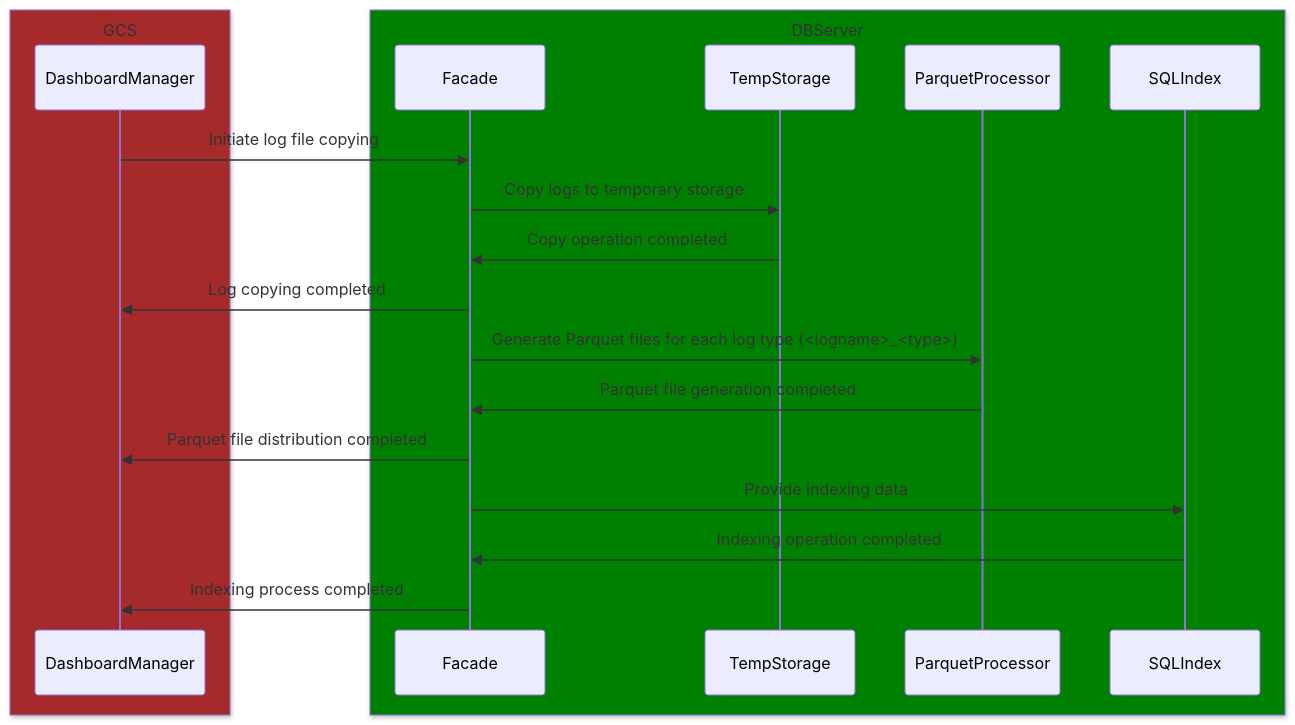
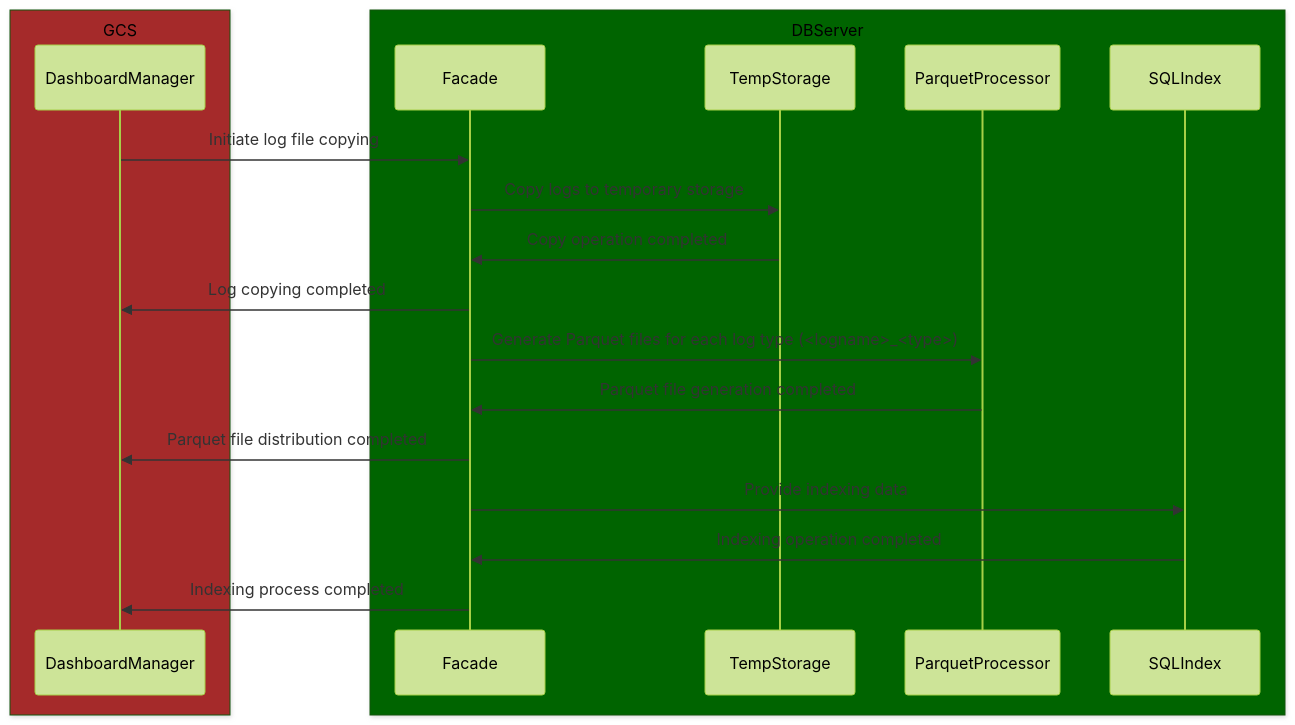
The diagram in README.md (ckpradip/ardulog_dashboard), drawn with Mermaid before and after one commit.

Commit message:
Apply themes

````diff
--- a/README.md
+++ b/README.md
@@ -5,23 +5,24 @@
 ```mermaid
+%%{init: {'theme':'forest'}}%%
 sequenceDiagram
     box Brown GCS
         participant DashboardManager
     end
-    box Green DBServer
+    box DarkGreen DBServer
         participant Facade
         participant TempStorage
         participant ParquetProcessor
         participant SQLIndex
     end
 
     DashboardManager->>Facade: Initiate log file copying
     Facade->>TempStorage: Copy logs to temporary storage
     TempStorage->>Facade: Copy operation completed
     Facade->>DashboardManager: Log copying completed
     Facade->>ParquetProcessor: Generate Parquet files for each log type (<logname>_<type>)
     ParquetProcessor->>Facade: Parquet file generation completed
     Facade->>DashboardManager: Parquet file distribution completed
     Facade->>SQLIndex: Provide indexing data
     SQLIndex->>Facade: Indexing operation completed
     Facade->>DashboardManager: Indexing process completed
 ```
````
